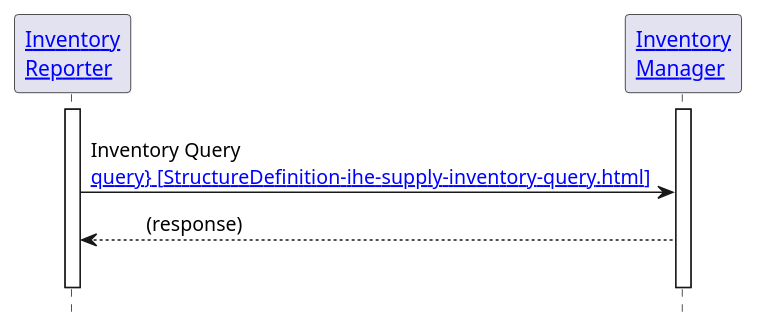
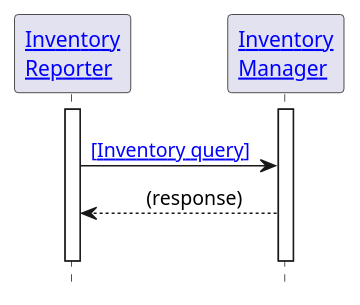
The diagram in input/images-source/pharm-s7.plantuml (IHE/pharm-supply), drawn with PlantUML before and after one commit. The commit also changed 14 other files, not shown here.

```diff
--- a/input/images-source/pharm-s7.plantuml
+++ b/input/images-source/pharm-s7.plantuml
@@ -1,21 +1,21 @@
 @startuml
 
 hide footbox
 
 '!include ./style.iuml
 
 
 Participant "[[actors_and_transactions.html#inventory-reporter Inventory\nReporter]]" as IR
 Participant "[[actors_and_transactions.html#inventory-manager Inventory\nManager]]" as IM
 
 activate IR
 activate IM
 IR -[hidden]> IM
-IR -> IM: Inventory Query\n[[PHARM-S7.html{Inventory query}  ~[StructureDefinition-ihe-supply-inventory-query.html~]]]
+IR -> IM: [[StructureDefinition-ihe-supply-inventory-query.html{Inventory query} ~[Inventory query~]]]
 IR <-- IM: \t(response)\t
 IR -[hidden]> IM :"  "
 
 deactivate IR
 deactivate IM
 
 @enduml
```
